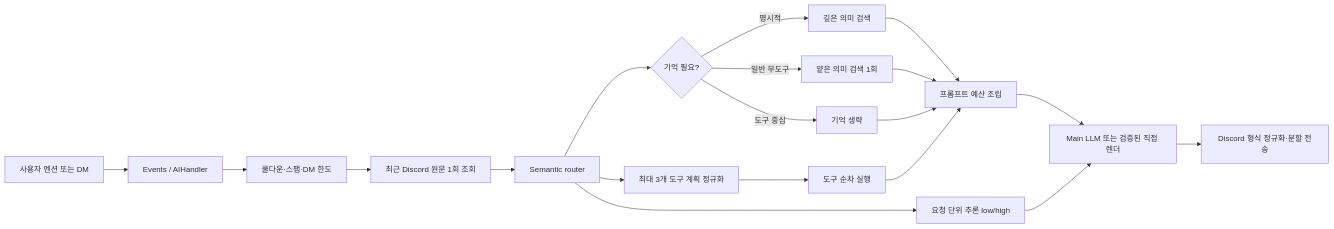
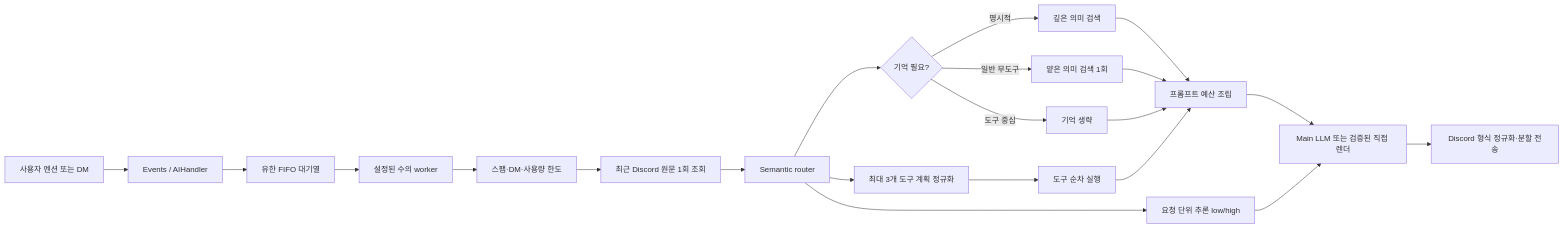
One commit to kim0040/masamong changed the first of 3 diagrams in docs/ARCHITECTURE.ko.md. Above: the diagram before and after it, drawn with Mermaid. The commit also changed other lines of this file and 22 other files, not shown here.

````diff
--- a/docs/ARCHITECTURE.ko.md
+++ b/docs/ARCHITECTURE.ko.md
@@ -58,21 +58,23 @@
 ```mermaid
 flowchart LR
     U["사용자 멘션 또는 DM"] --> E["Events / AIHandler"]
-    E --> G["쿨다운·스팸·DM 한도"]
+    E --> B["유한 FIFO 대기열"]
+    B --> W["설정된 수의 worker"]
+    W --> G["스팸·DM·사용량 한도"]
     G --> H["최근 Discord 원문 1회 조회"]
     H --> R["Semantic router"]
     R --> Q["요청 단위 추론 low/high"]
     R --> M{"기억 필요?"}
     M -->|명시적| MR["깊은 의미 검색"]
     M -->|일반 무도구| MP["얕은 의미 검색 1회"]
     M -->|도구 중심| N["기억 생략"]
     R --> T["최대 3개 도구 계획 정규화"]
     T --> X["도구 순차 실행"]
     MR --> P["프롬프트 예산 조립"]
     MP --> P
     N --> P
     X --> P
     P --> L["Main LLM 또는 검증된 직접 렌더"]
     Q --> L
     L --> D["Discord 형식 정규화·분할 전송"]
 ```
````
